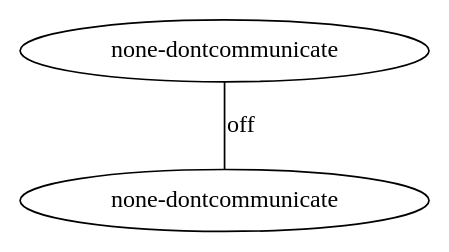
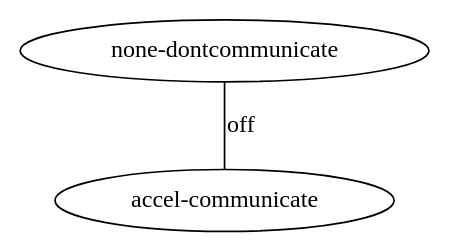
One commit to AlyssaLytle/DecPOMDP_Suite changed the diagram in MADPtools/mtree.dot. Above: the diagram before and after it, drawn with Graphviz. The commit also changed 64 other files, not shown here.

```diff
--- a/MADPtools/mtree.dot
+++ b/MADPtools/mtree.dot
@@ -1,6 +1,6 @@
 digraph machine_tree {
 edge [dir=none];
 node0 [ label = "none-dontcommunicate" ];
-node1 [ label = "none-dontcommunicate" ];
+node1 [ label = "accel-communicate" ];
 node0 -> node1 [label="off"];
 }
```
